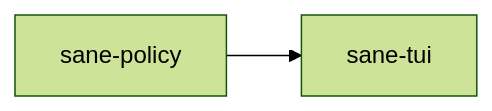
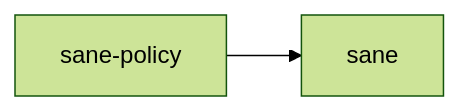
The diagram in crates/sane-policy/README.md (lammersbjorn/sane), drawn with Mermaid (forest theme) before and after one commit. The commit also changed other lines of this file and 14 other files, not shown here.

````diff
--- a/crates/sane-policy/README.md
+++ b/crates/sane-policy/README.md
@@ -23,4 +39,4 @@
 ```mermaid
 flowchart LR
-    P["sane-policy"] --> T["sane-tui"]
+    P["sane-policy"] --> T["sane"]
 ```
````
